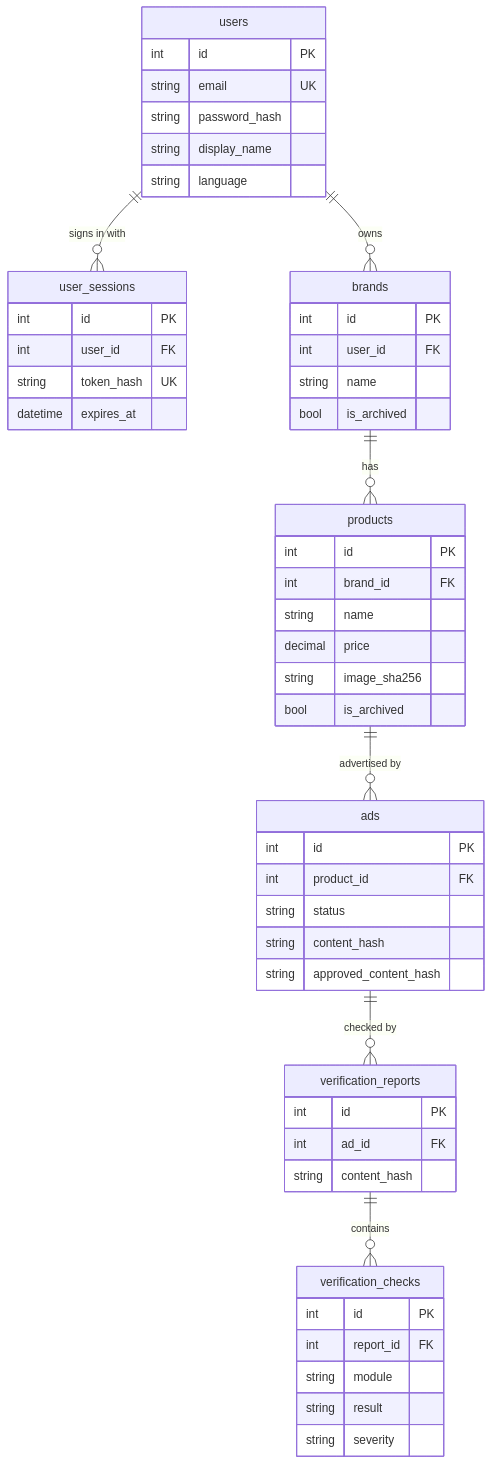
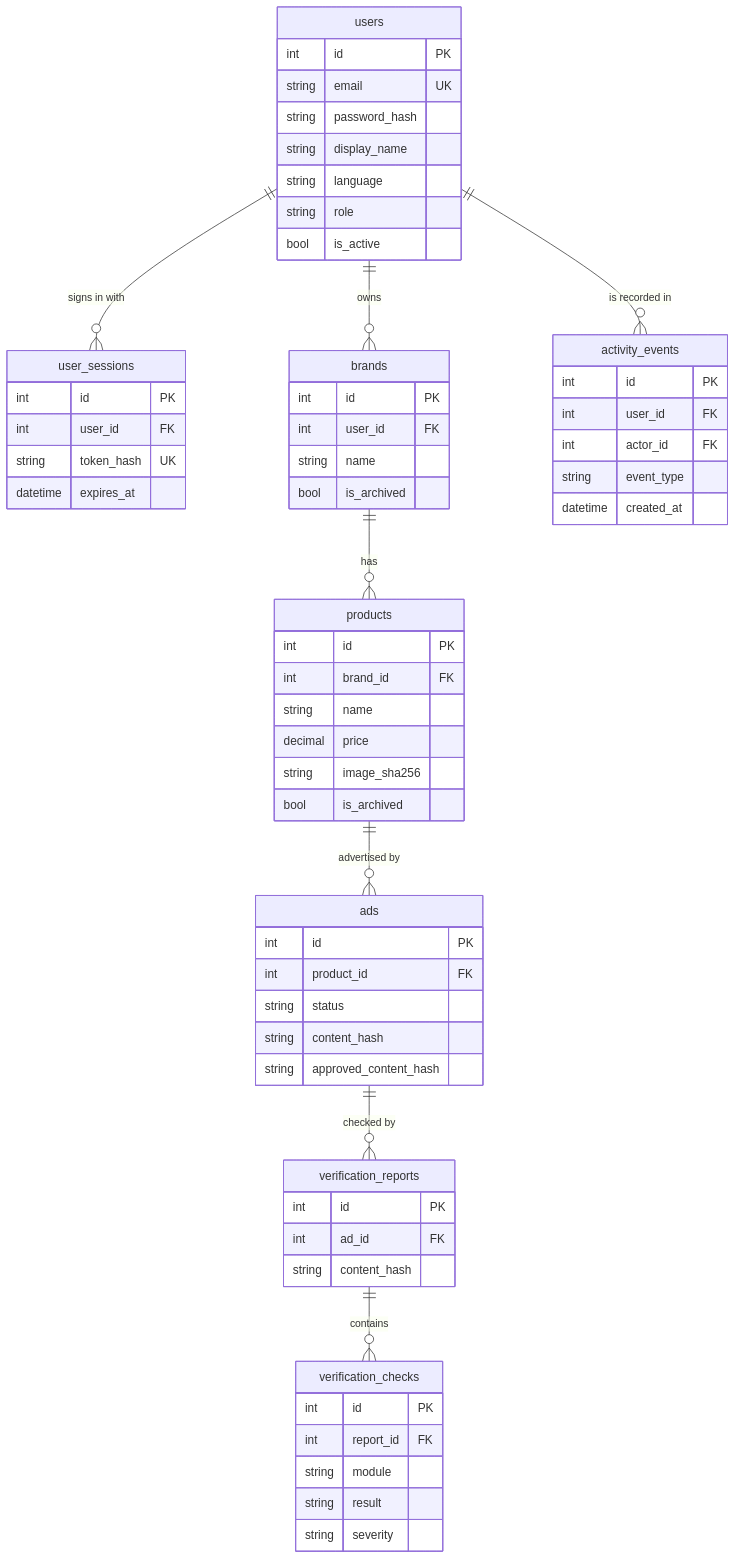
One commit to Shimu-I/ad-banao changed the first of 2 diagrams in docs/19-database.md. Above: the diagram before and after it, drawn with Mermaid. The commit also changed other lines of this file and 40 other files, not shown here.

````diff
--- a/docs/19-database.md
+++ b/docs/19-database.md
@@ -18,56 +18,66 @@
 ```mermaid
 erDiagram
     users ||--o{ user_sessions : "signs in with"
     users ||--o{ brands : owns
+    users ||--o{ activity_events : "is recorded in"
     brands ||--o{ products : has
     products ||--o{ ads : "advertised by"
     ads ||--o{ verification_reports : "checked by"
     verification_reports ||--o{ verification_checks : contains
 
     users {
         int id PK
         string email UK
         string password_hash
         string display_name
         string language
+        string role
+        bool is_active
+    }
+    activity_events {
+        int id PK
+        int user_id FK
+        int actor_id FK
+        string event_type
+        datetime created_at
     }
     user_sessions {
         int id PK
         int user_id FK
         string token_hash UK
         datetime expires_at
     }
     brands {
         int id PK
         int user_id FK
         string name
         bool is_archived
     }
     products {
         int id PK
         int brand_id FK
         string name
         decimal price
         string image_sha256
         bool is_archived
     }
     ads {
         int id PK
         int product_id FK
         string status
         string content_hash
         string approved_content_hash
     }
     verification_reports {
         int id PK
         int ad_id FK
         string content_hash
     }
     verification_checks {
         int id PK
         int report_id FK
         string module
         string result
         string severity
     }
 ```
````
